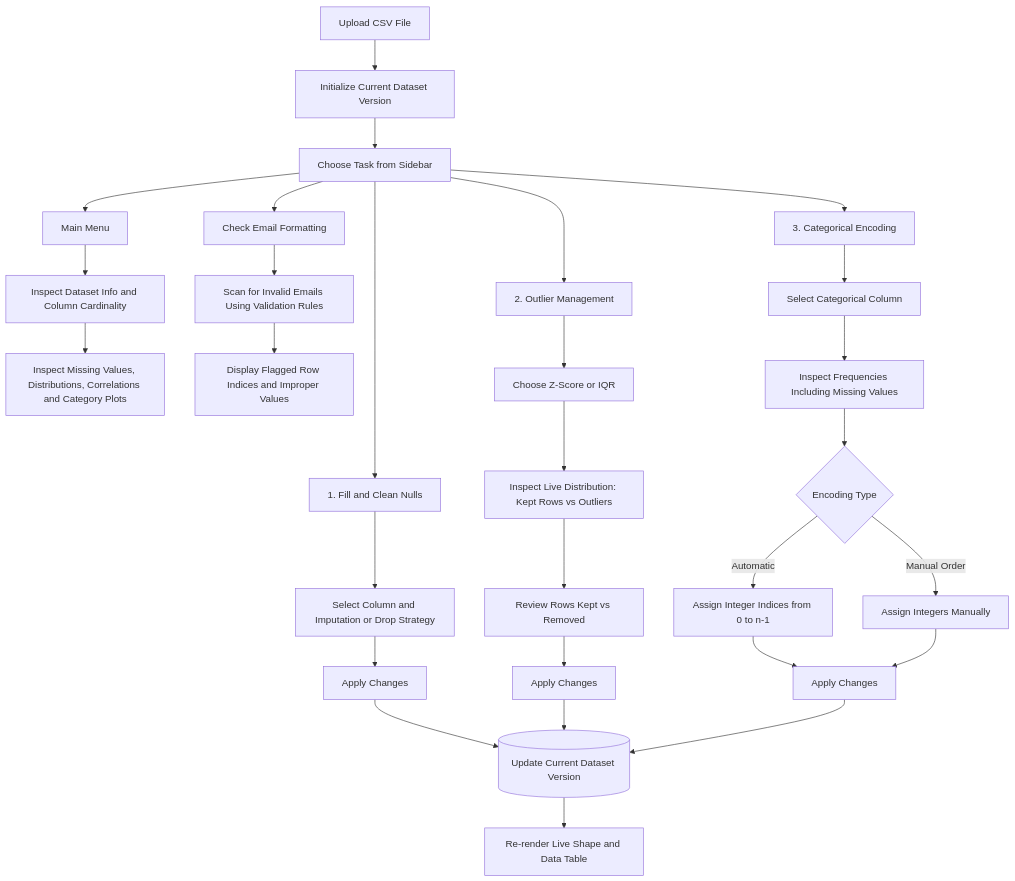
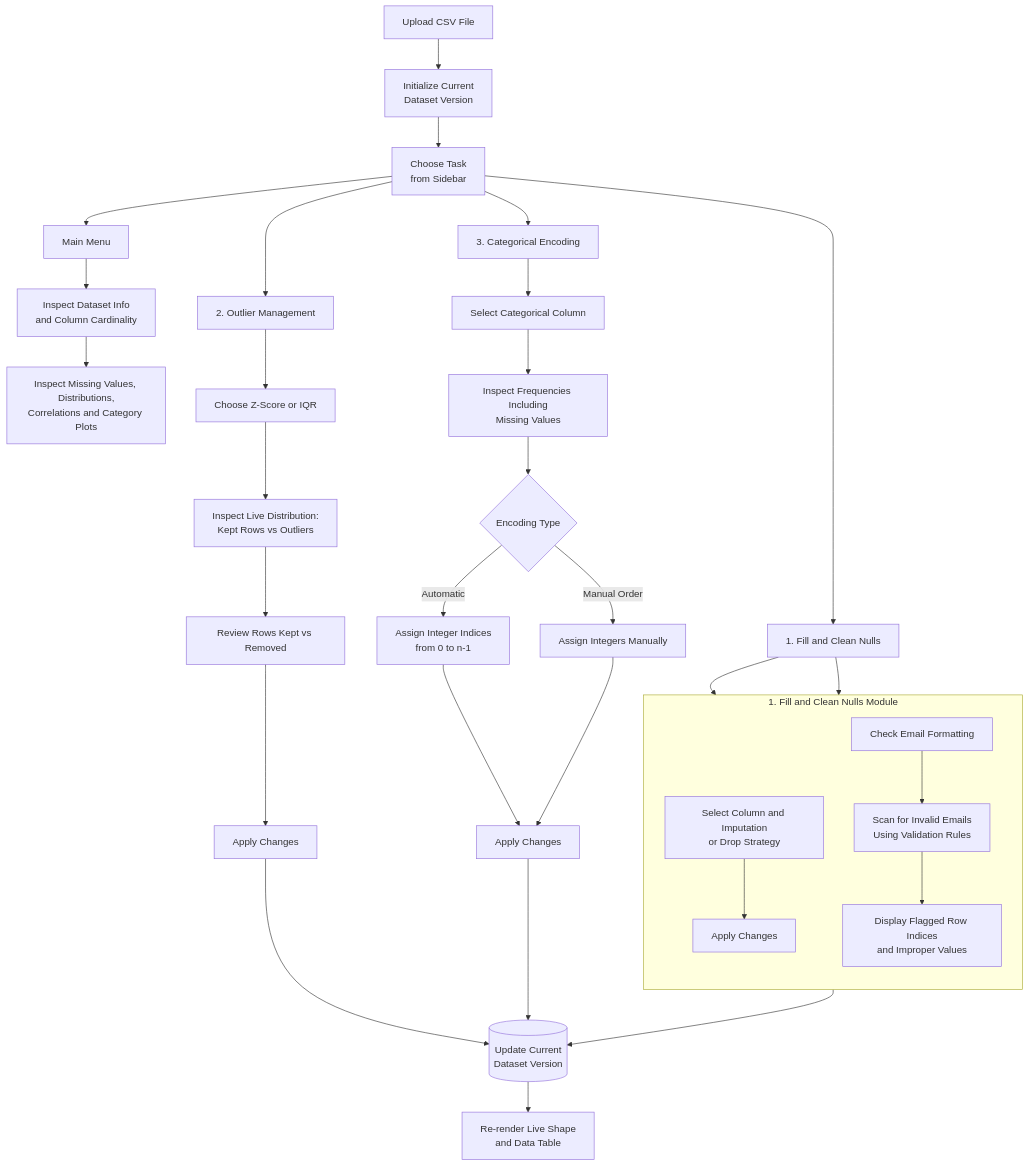
One commit to aniketbhopale/DataLave changed the second of 2 diagrams in README.md. Above: the diagram before and after it, drawn with Mermaid. The commit also changed other lines of this file, not shown here.

Commit message:
minor flow change
Updated README to improve formatting of flowchart and module descriptions.

````diff
--- a/README.md
+++ b/README.md
@@ -70,40 +77,43 @@
 ```mermaid
 
 flowchart TD
-    A["Upload CSV File"] --> B["Initialize Current Dataset Version"]
-    B --> C["Choose Task from Sidebar"]
+    A["Upload CSV File"] --> B["Initialize Current<br/>Dataset Version"]
+    B --> C["Choose Task<br/>from Sidebar"]
 
     C --> D["Main Menu"]
     C --> E["1. Fill and Clean Nulls"]
     C --> F["2. Outlier Management"]
     C --> G["3. Categorical Encoding"]
-    C --> E3["Check Email Formatting"]
 
-    D --> D1["Inspect Dataset Info and Column Cardinality"]
-    D1 --> D2["Inspect Missing Values, Distributions, Correlations and Category Plots"]
+    D --> D1["Inspect Dataset Info<br/>and Column Cardinality"]
+    D1 --> D2["Inspect Missing Values, Distributions,<br/>Correlations and Category Plots"]
 
-    E --> E1["Select Column and Imputation or Drop Strategy"]
-    E1 --> E2["Apply Changes"]
+    subgraph M1 ["1. Fill and Clean Nulls Module"]
+        direction TB
+        E1["Select Column and Imputation<br/>or Drop Strategy"] --> E2["Apply Changes"]
+        E3["Check Email Formatting"] --> E4["Scan for Invalid Emails<br/>Using Validation Rules"]
+        E4 --> E5["Display Flagged Row Indices<br/>and Improper Values"]
+    end
 
-    E3 --> E4["Scan for Invalid Emails Using Validation Rules"]
-    E4 --> E5["Display Flagged Row Indices and Improper Values"]
+    E --> E1
+    E --> E3
 
     F --> F1["Choose Z-Score or IQR"]
-    F1 --> F2["Inspect Live Distribution: Kept Rows vs Outliers"]
+    F1 --> F2["Inspect Live Distribution:<br/>Kept Rows vs Outliers"]
     F2 --> F3["Review Rows Kept vs Removed"]
     F3 --> F4["Apply Changes"]
 
     G --> G1["Select Categorical Column"]
-    G1 --> G2["Inspect Frequencies Including Missing Values"]
+    G1 --> G2["Inspect Frequencies Including<br/>Missing Values"]
     G2 --> G3{"Encoding Type"}
-    G3 -->|Automatic| G4["Assign Integer Indices from 0 to n-1"]
+    G3 -->|Automatic| G4["Assign Integer Indices<br/>from 0 to n-1"]
     G3 -->|Manual Order| G5["Assign Integers Manually"]
     G4 --> G6["Apply Changes"]
     G5 --> G6
 
-    E2 --> H[("Update Current Dataset Version")]
+    E2 --> H[("Update Current<br/>Dataset Version")]
     F4 --> H
     G6 --> H
-    H --> I["Re-render Live Shape and Data Table"]
+    H --> I["Re-render Live Shape<br/>and Data Table"]
 
 ```
````
